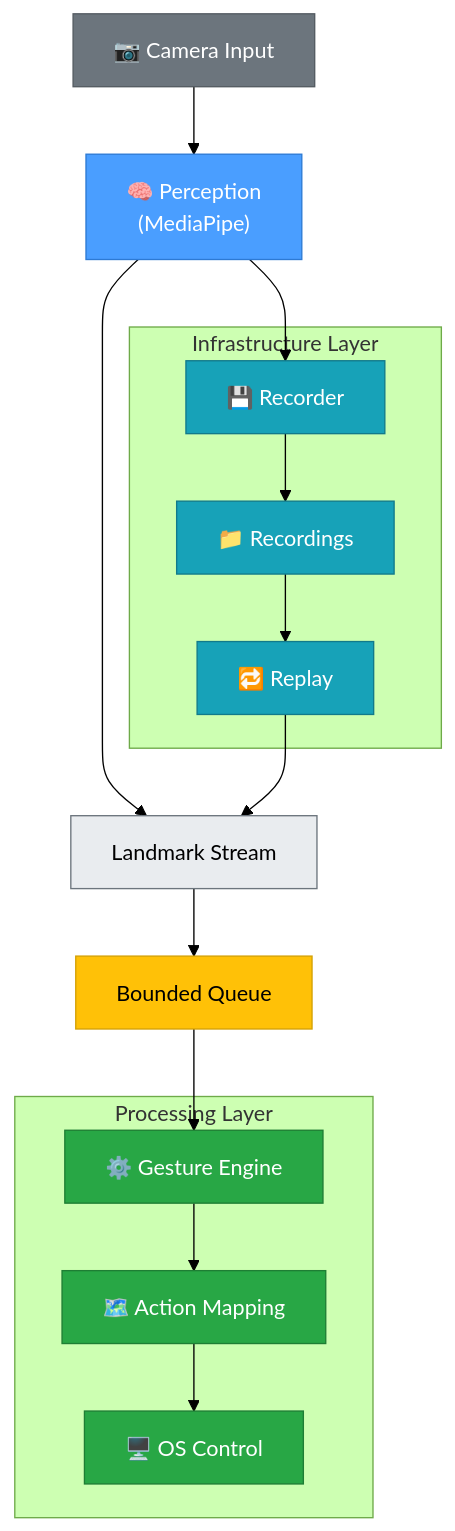
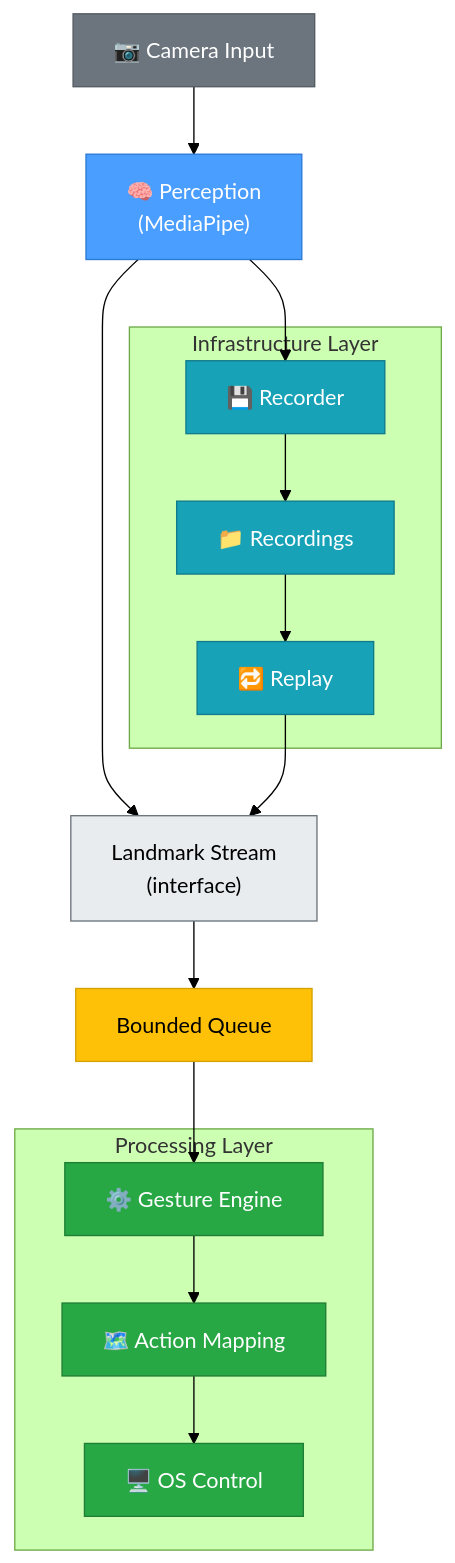
Before and after one commit to Varun2526/AirOs: the diagram in docs/architecture.md, drawn with Mermaid (forest theme). The commit also changed other lines of this file, not shown here.

Commit message:
docs: update architecture documentation with improved clarity and new module sections

````diff
--- a/docs/architecture.md
+++ b/docs/architecture.md
@@ -39,39 +41,39 @@
 ```mermaid
 graph TD
     CAM["📷 Camera Input"] --> PERC["🧠 Perception<br/>(MediaPipe)"]
 
     PERC --> REC["💾 Recorder"]
-    PERC --> LS["Landmark Stream"]
+    PERC --> LS["Landmark Stream<br/>(interface)"]
 
     REC --> DISK["📁 Recordings"]
     DISK --> REPLAY["🔁 Replay"]
     REPLAY --> LS
 
     LS --> QUEUE["Bounded Queue"]
     QUEUE --> GE["⚙️ Gesture Engine"]
     GE --> AM["🗺️ Action Mapping"]
     AM --> OS["🖥️ OS Control"]
 
     subgraph Infrastructure Layer
         REC
         DISK
         REPLAY
     end
 
     subgraph Processing Layer
         GE
         AM
         OS
     end
 
     style CAM fill:#6c757d,stroke:#545b62,color:#fff
     style PERC fill:#4a9eff,stroke:#2d7ad4,color:#fff
     style LS fill:#e9ecef,stroke:#6c757d,color:#000
     style REC fill:#17a2b8,stroke:#117a8b,color:#fff
     style DISK fill:#17a2b8,stroke:#117a8b,color:#fff
     style REPLAY fill:#17a2b8,stroke:#117a8b,color:#fff
     style QUEUE fill:#ffc107,stroke:#d4a106,color:#000
     style GE fill:#28a745,stroke:#1e7e34,color:#fff
     style AM fill:#28a745,stroke:#1e7e34,color:#fff
     style OS fill:#28a745,stroke:#1e7e34,color:#fff
 ```
````
